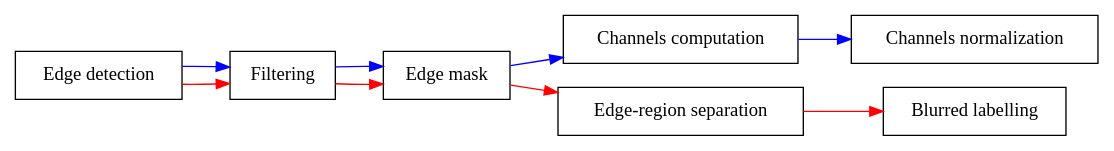
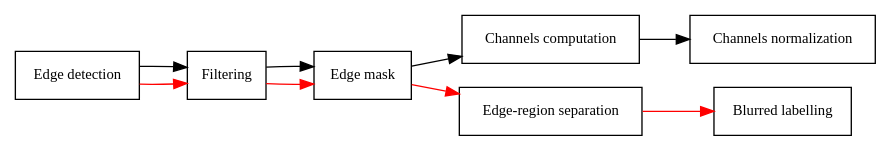
One commit to xehivs/graphviz changed the diagram in ap_bls_block.dot. Above: the diagram before and after it, drawn with Graphviz. The commit also changed 3 other files, not shown here.

```diff
--- a/ap_bls_block.dot
+++ b/ap_bls_block.dot
@@ -1,16 +1,18 @@
 digraph d {
 	rankdir = LR
+
+	node [fontsize=11 fontname="Operator Mono"];
 
 	node [shape = rectangle]
 	A [label="Edge detection"]
 	B [label="Filtering"]
 	C [label="Edge mask"]
 	D [label="Channels computation"]
 	E [label="Channels normalization"]
 	F [label="Edge-region separation"]
 	G [label="Blurred labelling"]
 	
 	A -> B -> C -> F -> G [color = red]
-	A -> B -> C -> D -> E [color = blue]
+	A -> B -> C -> D -> E [color = black]
 	
 }
```
